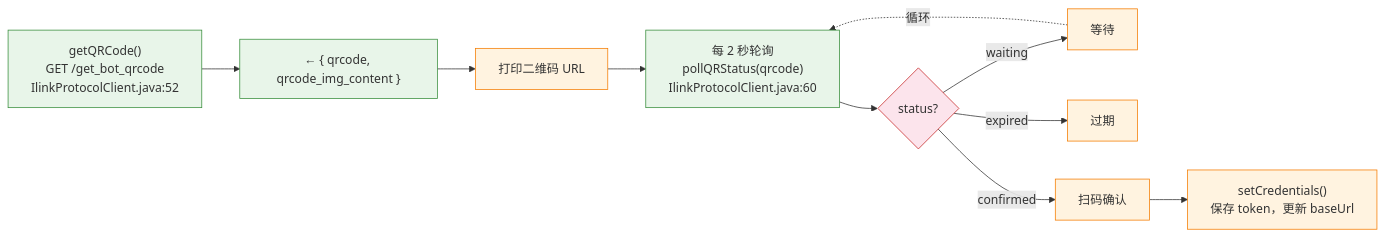
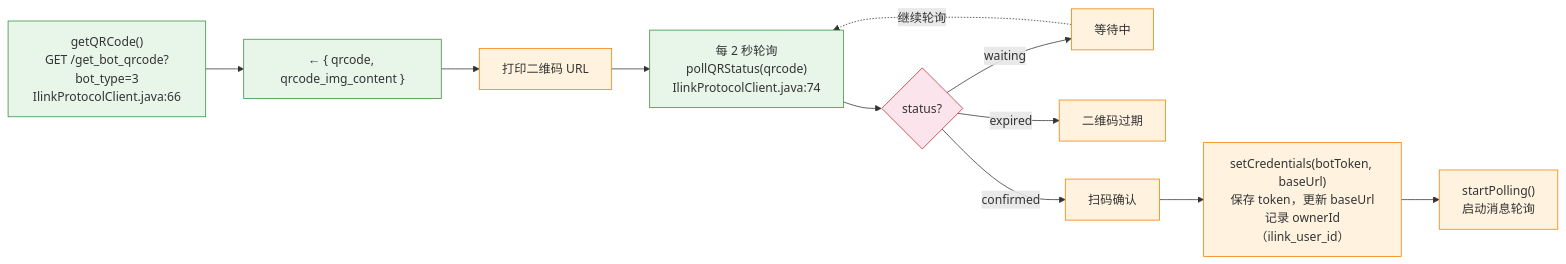
The second of 11 diagrams in ilink-flowchart.md (lys-123-qwe/Agent), drawn with Mermaid before and after one commit. The commit also changed other lines of this file and 3 other files, not shown here.

Commit message:
欢迎信息及流程图完善

````diff
--- a/ilink-flowchart.md
+++ b/ilink-flowchart.md
@@ -33,20 +33,21 @@
 ```mermaid
 flowchart LR
-    QR["getQRCode()<br>GET /get_bot_qrcode<br>IlinkProtocolClient.java:52"]:::api
+    QR["getQRCode()<br>GET /get_bot_qrcode?bot_type=3<br>IlinkProtocolClient.java:66"]:::api
     QR_R["← { qrcode, qrcode_img_content }"]:::api
     PRINT["打印二维码 URL"]:::process
     QR --> QR_R --> PRINT
-    POLL["每 2 秒轮询<br>pollQRStatus(qrcode)<br>IlinkProtocolClient.java:60"]:::api
+    POLL["每 2 秒轮询<br>pollQRStatus(qrcode)<br>IlinkProtocolClient.java:74"]:::api
     PRINT --> POLL
     STATUS{"status?"}:::decision
     POLL --> STATUS
-    STATUS --> |"waiting"| W["等待"]:::process
-    W -.->|"循环"| POLL
-    STATUS --> |"expired"| E["过期"]:::process
+    STATUS --> |"waiting"| W["等待中"]:::process
+    W -.->|"继续轮询"| POLL
+    STATUS --> |"expired"| E["二维码过期"]:::process
     STATUS --> |"confirmed"| C["扫码确认"]:::process
-    C --> CRED["setCredentials()<br>保存 token，更新 baseUrl"]:::process
+    C --> CRED["setCredentials(botToken, baseUrl)<br>保存 token，更新 baseUrl<br>记录 ownerId（ilink_user_id）"]:::process
+    CRED --> POLLING["startPolling()<br>启动消息轮询"]:::process
 
     classDef process fill:#fff3e0,stroke:#f57c00;
     classDef api fill:#e8f5e9,stroke:#388e3c;
     classDef decision fill:#fce4ec,stroke:#c62828;
 ```
````
